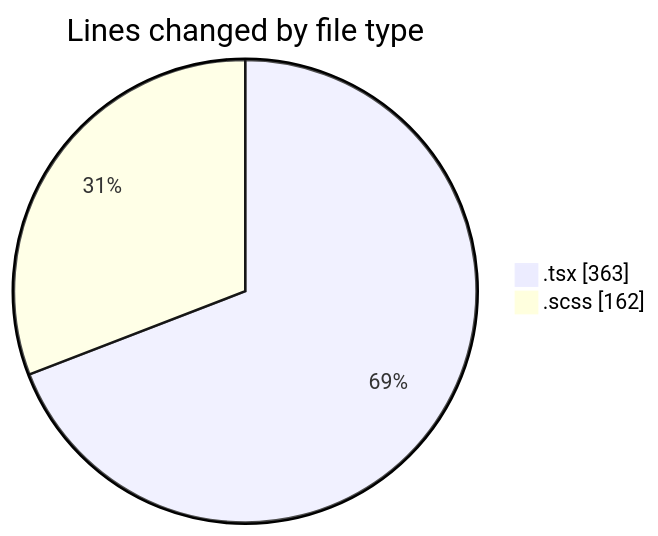
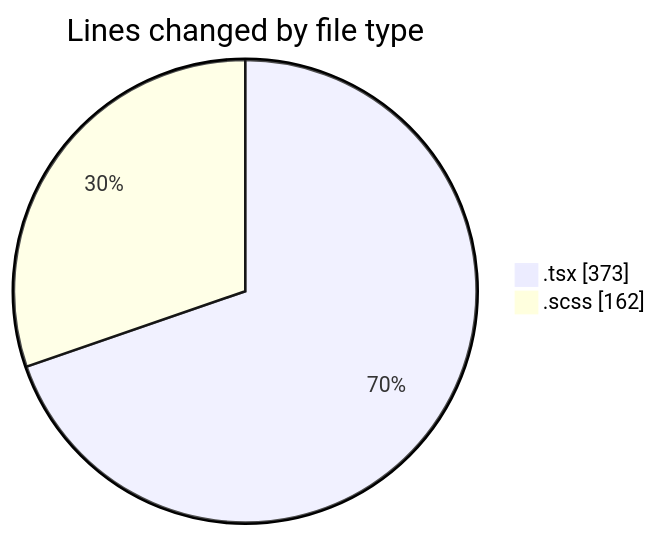
One commit to momahboobian/code-tracking changed the first of 2 diagrams in 2026-04-16/cda/README.md. Above: the diagram before and after it, drawn with Mermaid. The commit also changed other lines of this file and 1 other file, not shown here.

````diff
--- a/2026-04-16/cda/README.md
+++ b/2026-04-16/cda/README.md
@@ -22,6 +22,6 @@
 ```mermaid
 pie showData
 title Lines changed by file type
-".tsx" : 363
+".tsx" : 373
 ".scss" : 162
 ```
````
